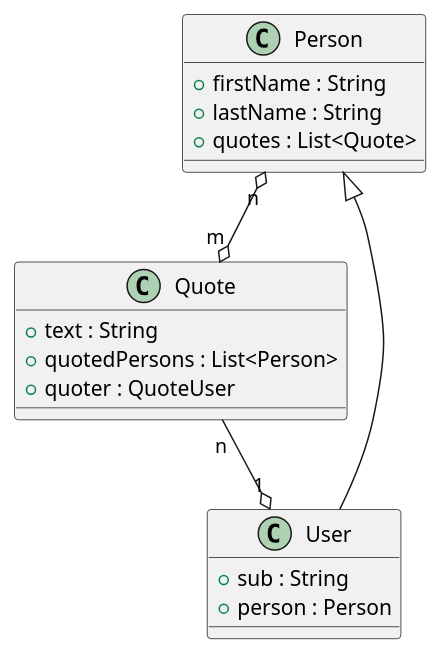
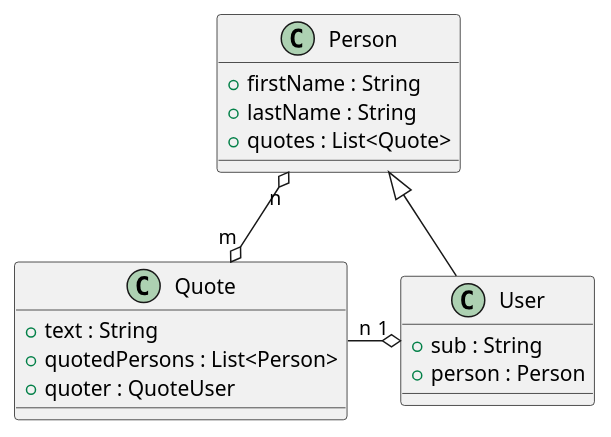
One commit to VanishedVoyager/quotesc-backend changed the first of 2 diagrams in Readme.adoc. Above: the diagram before and after it, drawn with PlantUML. The commit also changed other lines of this file, not shown here.

```diff
--- a/Readme.adoc
+++ b/Readme.adoc
@@ -10,20 +17,20 @@
 [plantuml]
 ----
 Person "n" o--o "m" Quote
 Person <|-- User
-Quote "n" --o "1" User
+Quote "n" -o "1" User
 class Quote {
     + text : String
     + quotedPersons : List<Person>
     + quoter : QuoteUser
 }
 class Person {
     + firstName : String
     + lastName : String
     + quotes : List<Quote>
 }
 class User {
     + sub : String
     + person : Person
 }
 ----
```
